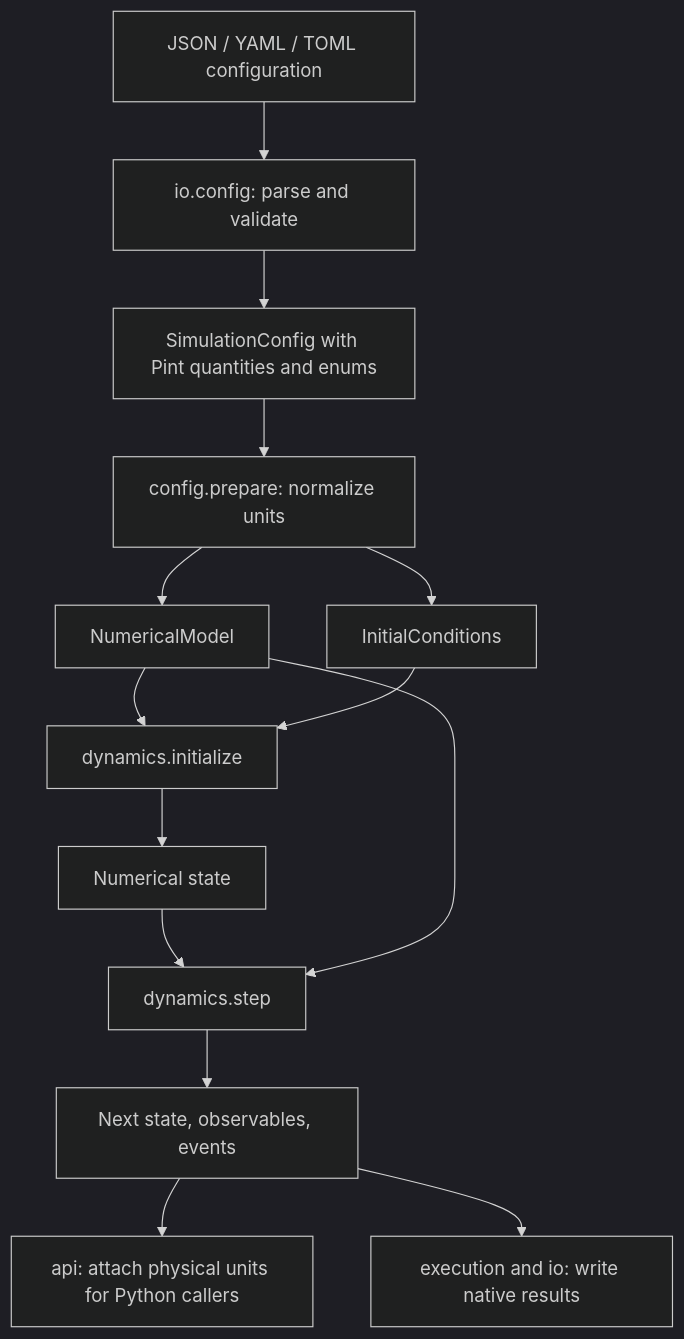
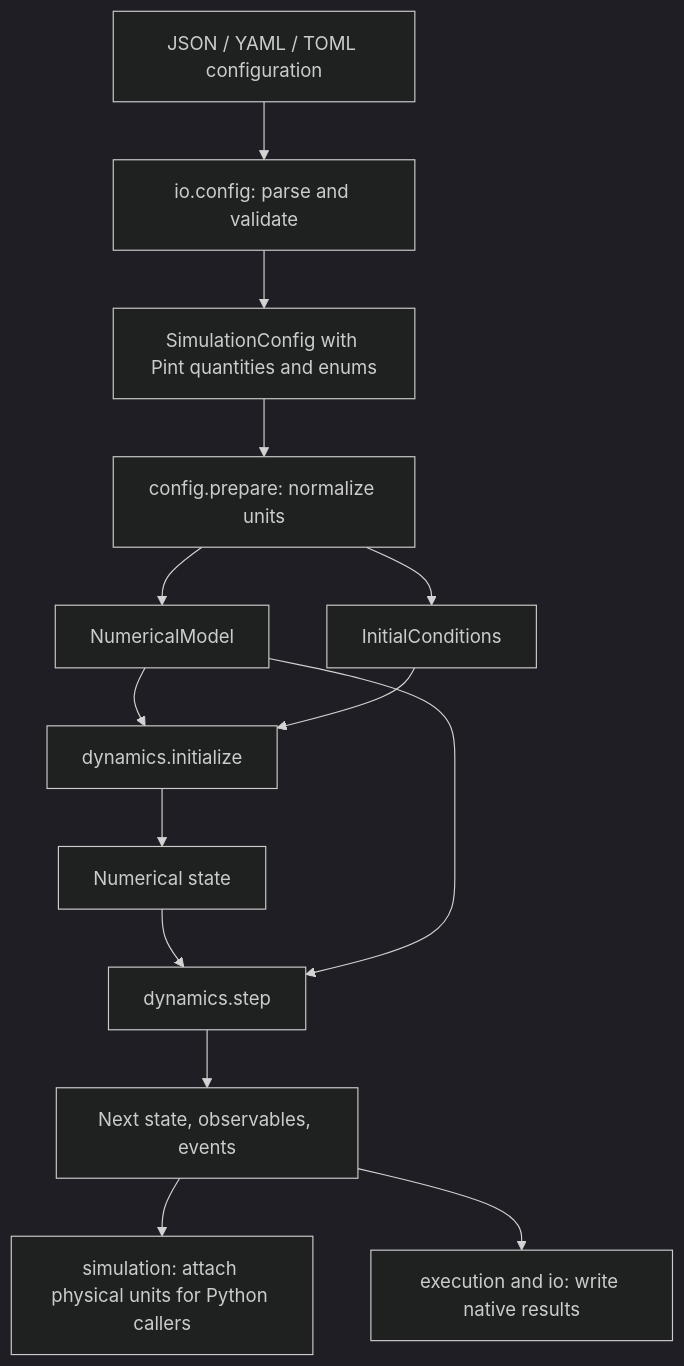
Before and after one commit to singularitti/py-vcsmd: the diagram in docs/architecture.md, drawn with Mermaid (dark theme). The commit also changed other lines of this file and 18 other files, not shown here.

````diff
--- a/docs/architecture.md
+++ b/docs/architecture.md
@@ -67,16 +67,16 @@
 ```mermaid
 flowchart TD
     File[JSON / YAML / TOML configuration] --> Parse[io.config: parse and validate]
     Parse --> Config[SimulationConfig with Pint quantities and enums]
     Config --> Prepare[config.prepare: normalize units]
     Prepare --> Model[NumericalModel]
     Prepare --> Initial[InitialConditions]
     Model --> Init[dynamics.initialize]
     Initial --> Init
     Init --> State[Numerical state]
     State --> Step[dynamics.step]
     Model --> Step
     Step --> Next[Next state, observables, events]
-    Next --> Public[api: attach physical units for Python callers]
+    Next --> Public[simulation: attach physical units for Python callers]
     Next --> Output[execution and io: write native results]
 ```
````
